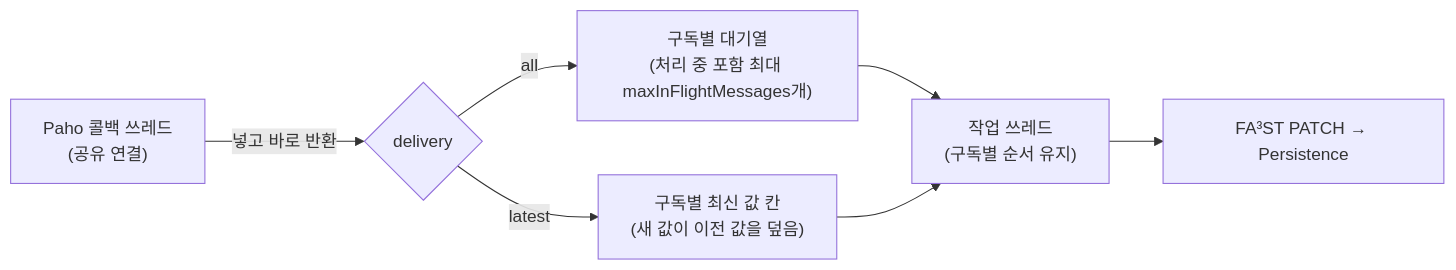
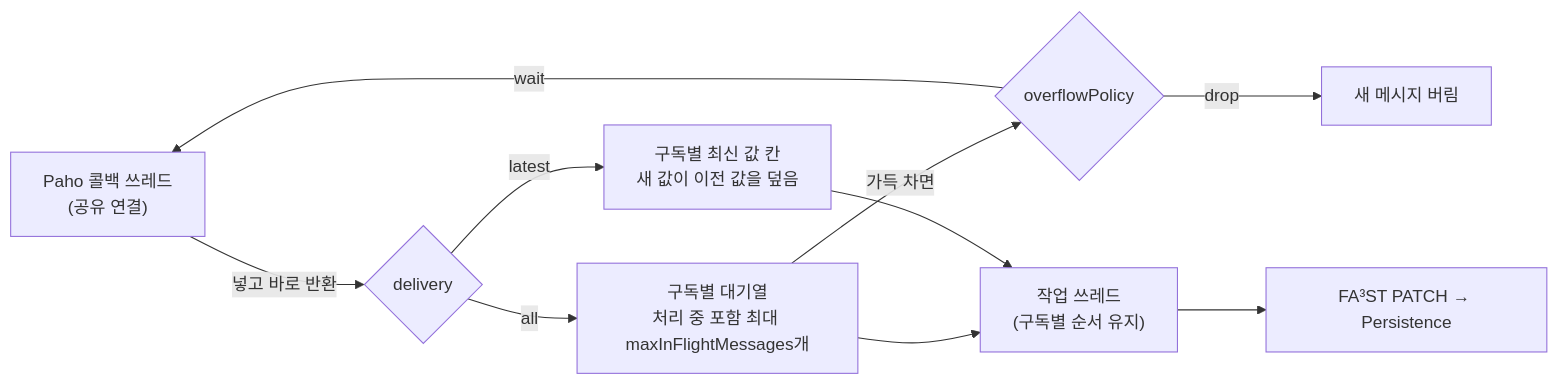
The third of 8 diagrams in docs/endpoint-guide.md (kwlee0220/mdt-instance), drawn with Mermaid before and after one commit. The commit also changed other lines of this file and 5 other files, not shown here.

````diff
--- a/docs/endpoint-guide.md
+++ b/docs/endpoint-guide.md
@@ -367,9 +351,12 @@
 ```mermaid
 flowchart LR
-    P["Paho 콜백 쓰레드<br/>(공유 연결)"] -->|"넣고 바로 반환"| Q{"delivery"}
-    Q -->|all| A["구독별 대기열<br/>(처리 중 포함 최대 maxInFlightMessages개)"]
-    Q -->|latest| L["구독별 최신 값 칸<br/>(새 값이 이전 값을 덮음)"]
+    P["Paho 콜백 쓰레드<br/>(공유 연결)"] -->|"넣고 바로 반환"| D{"delivery"}
+    D -->|all| A["구독별 대기열<br/>처리 중 포함 최대 maxInFlightMessages개"]
+    D -->|latest| L["구독별 최신 값 칸<br/>새 값이 이전 값을 덮음"]
+    A -->|가득 차면| O{"overflowPolicy"}
+    O -->|wait| P
+    O -->|drop| X["새 메시지 버림"]
     A --> W["작업 쓰레드<br/>(구독별 순서 유지)"]
     L --> W
     W --> F["FA³ST PATCH → Persistence"]
 ```
````
